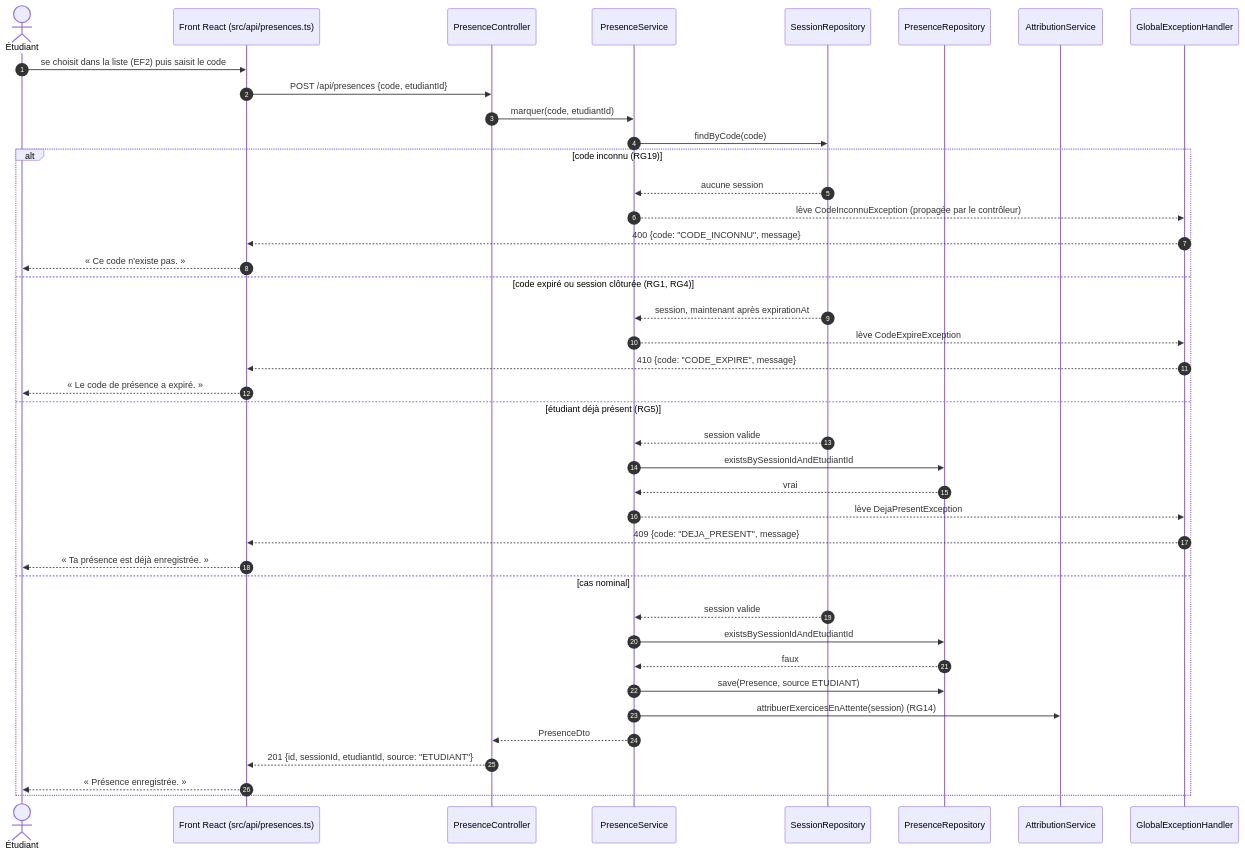
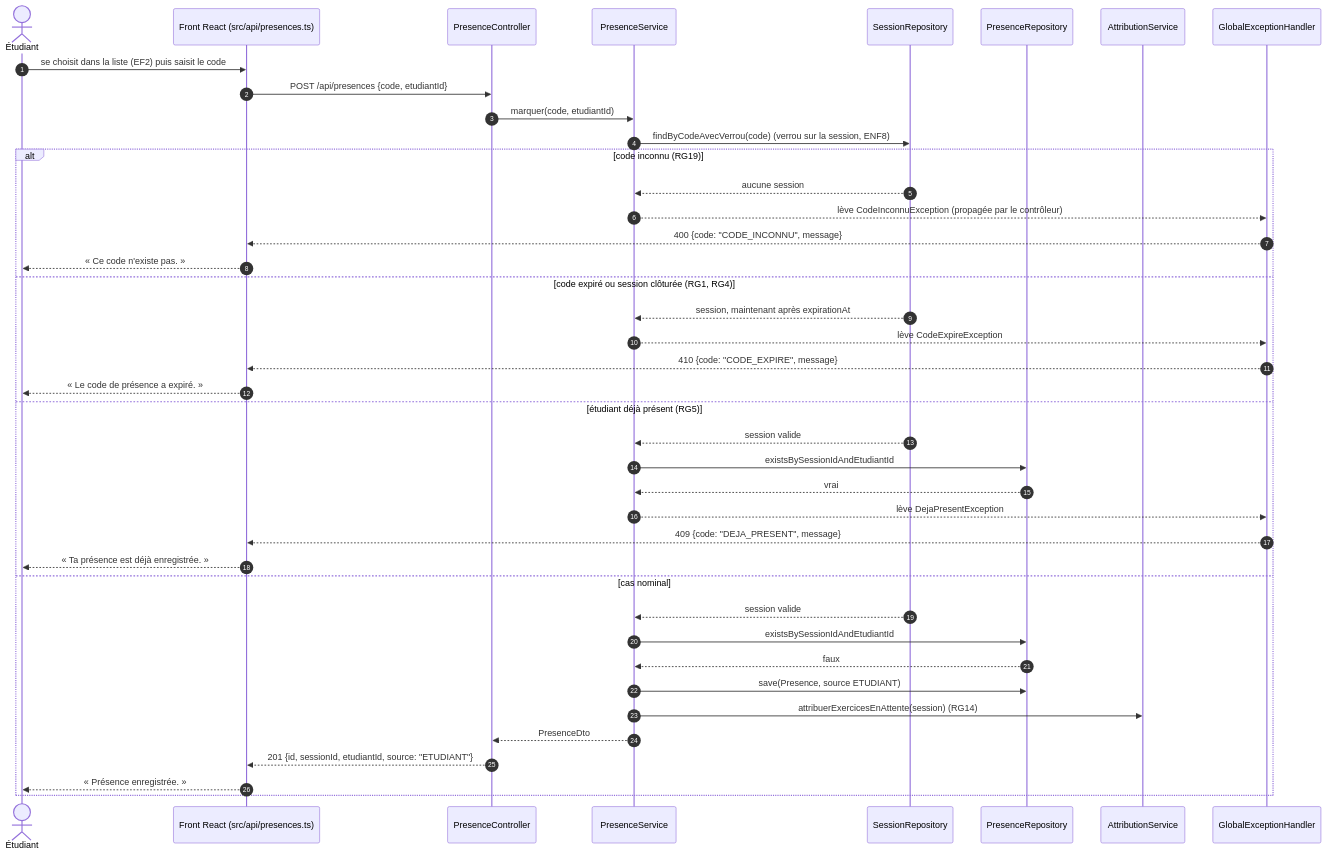
Before and after one commit to Alphadev2023/kfokam48-epreuve-190: the diagram in docs/diagrammes/D3-sequence-marquer-presence.md, drawn with Mermaid. The commit also changed other lines of this file and 2 other files, not shown here.

Commit message:
docs: ENF8 et D3 mis a jour suite au bug des marquages simultanes (refs #<B>)

````diff
--- a/docs/diagrammes/D3-sequence-marquer-presence.md
+++ b/docs/diagrammes/D3-sequence-marquer-presence.md
@@ -5,45 +5,45 @@
 ```mermaid
 sequenceDiagram
     autonumber
     actor E as Étudiant
     participant F as Front React (src/api/presences.ts)
     participant C as PresenceController
     participant S as PresenceService
     participant SR as SessionRepository
     participant PR as PresenceRepository
     participant A as AttributionService
     participant H as GlobalExceptionHandler
 
     E->>F: se choisit dans la liste (EF2) puis saisit le code
     F->>C: POST /api/presences {code, etudiantId}
     C->>S: marquer(code, etudiantId)
-    S->>SR: findByCode(code)
+        S->>SR: findByCodeAvecVerrou(code) (verrou sur la session, ENF8)
 
     alt code inconnu (RG19)
         SR-->>S: aucune session
         S-->>H: lève CodeInconnuException (propagée par le contrôleur)
         H-->>F: 400 {code: "CODE_INCONNU", message}
         F-->>E: « Ce code n'existe pas. »
     else code expiré ou session clôturée (RG1, RG4)
         SR-->>S: session, maintenant après expirationAt
         S-->>H: lève CodeExpireException
         H-->>F: 410 {code: "CODE_EXPIRE", message}
         F-->>E: « Le code de présence a expiré. »
     else étudiant déjà présent (RG5)
         SR-->>S: session valide
         S->>PR: existsBySessionIdAndEtudiantId
         PR-->>S: vrai
         S-->>H: lève DejaPresentException
         H-->>F: 409 {code: "DEJA_PRESENT", message}
         F-->>E: « Ta présence est déjà enregistrée. »
     else cas nominal
         SR-->>S: session valide
         S->>PR: existsBySessionIdAndEtudiantId
         PR-->>S: faux
         S->>PR: save(Presence, source ETUDIANT)
         S->>A: attribuerExercicesEnAttente(session) (RG14)
         S-->>C: PresenceDto
         C-->>F: 201 {id, sessionId, etudiantId, source: "ETUDIANT"}
         F-->>E: « Présence enregistrée. »
     end
 ```
````
